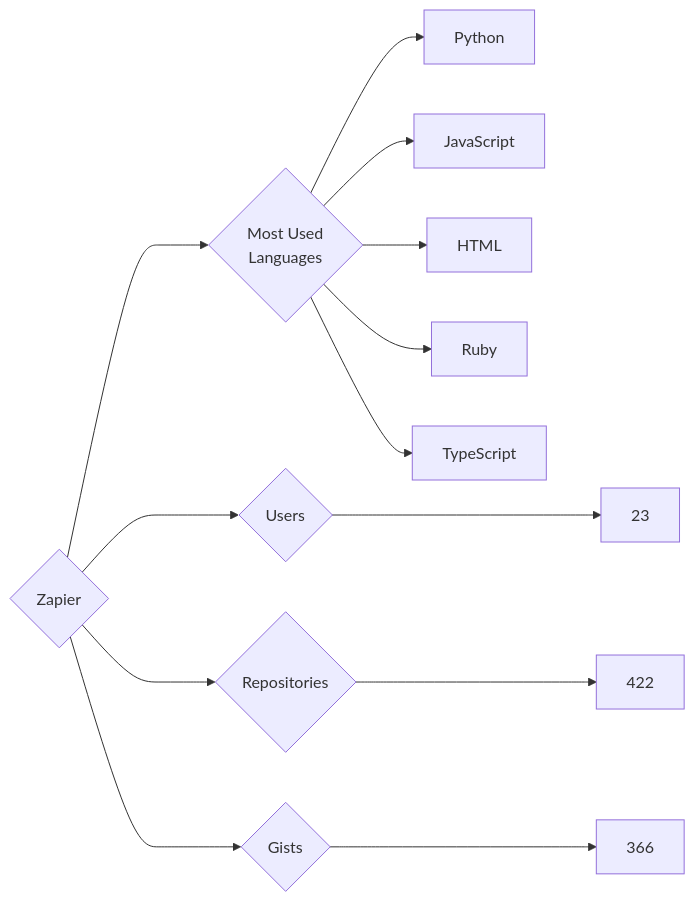
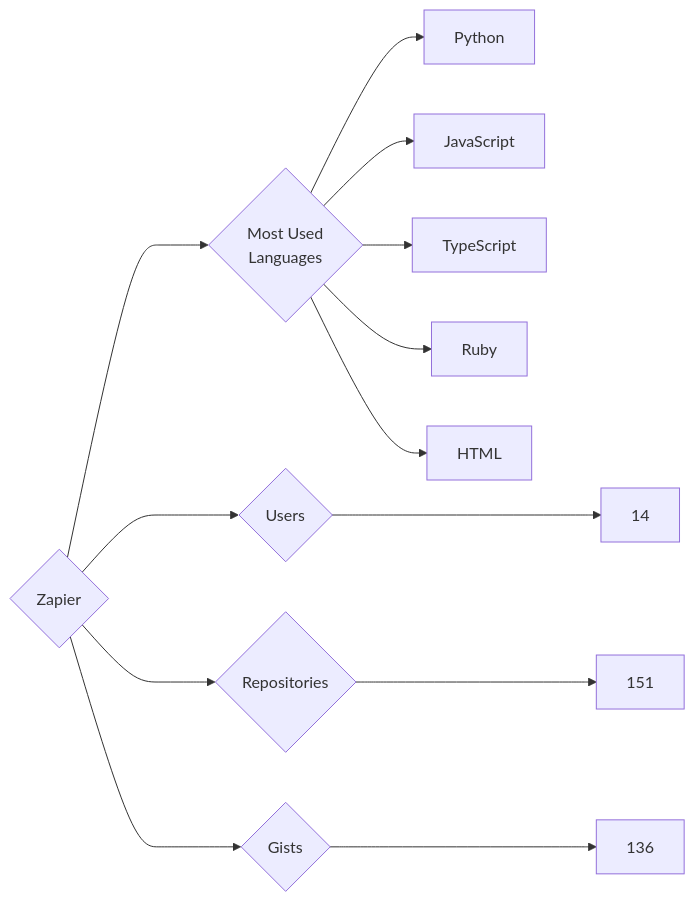
The diagram in targets/Zapier/README.md (trickest/insiders), drawn with Mermaid before and after one commit. The commit also changed 965 other files, not shown here.

````diff
--- a/targets/Zapier/README.md
+++ b/targets/Zapier/README.md
@@ -3,13 +3,13 @@
 ```mermaid
 graph LR
 COMPANY_NAME{Zapier}
-COMPANY_NAME ---> U{Users} ---> UN[23]
-COMPANY_NAME ---> R{Repositories} ---> RN[422]
-COMPANY_NAME ---> G{Gists} ---> GN[366]
+COMPANY_NAME ---> U{Users} ---> UN[14]
+COMPANY_NAME ---> R{Repositories} ---> RN[151]
+COMPANY_NAME ---> G{Gists} ---> GN[136]
 COMPANY_NAME ---> ML{Most Used<br>Languages}
 ML --> Python[Python]
 ML --> JavaScript[JavaScript]
+ML --> TypeScript[TypeScript]
+ML --> Ruby[Ruby]
 ML --> HTML[HTML]
-ML --> Ruby[Ruby]
-ML --> TypeScript[TypeScript]
 ```
````
